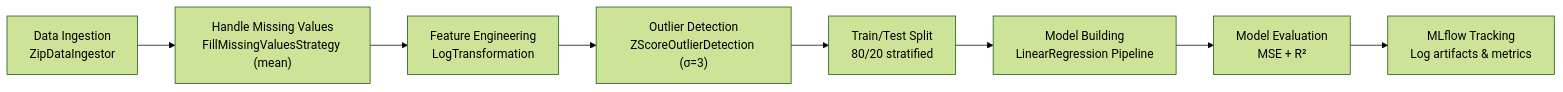
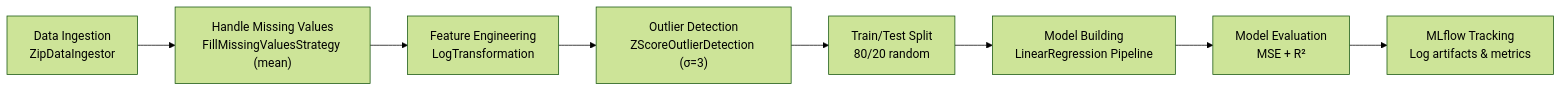
One commit to ShibilAhamed701212/Price-Predictor-System changed the second of 3 diagrams in README.md. Above: the diagram before and after it, drawn with Mermaid (forest theme). The commit also changed other lines of this file and 32 other files, not shown here.

````diff
--- a/README.md
+++ b/README.md
@@ -120,10 +123,10 @@
 ```mermaid
 graph LR
     A["Data Ingestion<br/>ZipDataIngestor"] --> B["Handle Missing Values<br/>FillMissingValuesStrategy (mean)"]
     B --> C["Feature Engineering<br/>LogTransformation"]
     C --> D["Outlier Detection<br/>ZScoreOutlierDetection (σ=3)"]
-    D --> E["Train/Test Split<br/>80/20 stratified"]
+    D --> E["Train/Test Split<br/>80/20 random"]
     E --> F["Model Building<br/>LinearRegression Pipeline"]
     F --> G["Model Evaluation<br/>MSE + R²"]
     G --> H["MLflow Tracking<br/>Log artifacts & metrics"]
 ```
````
